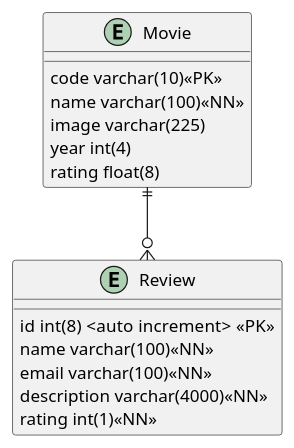
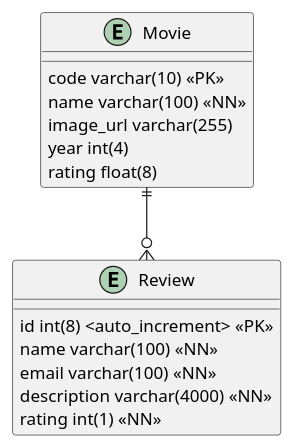
The diagram in doc/modelo_datos.puml (mapulgarin2/Proyecto-Movie-Flask), drawn with PlantUML before and after one commit.

Commit message:
Modelo entidad relacion actulizado1

```diff
--- a/doc/modelo_datos.puml
+++ b/doc/modelo_datos.puml
@@ -1,23 +1,23 @@
-@startuml "Modelo Entidad Relacion""
+@startuml "Modelo Entidad Relacion"
 
-entity Movie{
-    code varchar(10)<<PK>>
-    name varchar(100)<<NN>>
-    image varchar(225)
+Entity Movie {
+    code varchar(10) <<PK>>
+    name varchar(100) <<NN>>
+    image_url varchar(255) 
     year int(4)
     rating float(8)
+}
+
+Entity Review{
+    id int(8) <auto_increment> <<PK>>
+    name varchar(100) <<NN>>
+    email varchar(100) <<NN>>
+    description varchar(4000) <<NN>>
+    rating int(1) <<NN>>
 
 }
-Entity  Review{
-    id int(8)  <auto increment> <<PK>>
-    name varchar(100)<<NN>>
-    email varchar(100)<<NN>>
-    description varchar(4000)<<NN>>
-    rating int(1)<<NN>>
+
+Movie ||--o{ Review
 
 
-
-}
-Movie ||--o{Review
-
 @enduml
```
